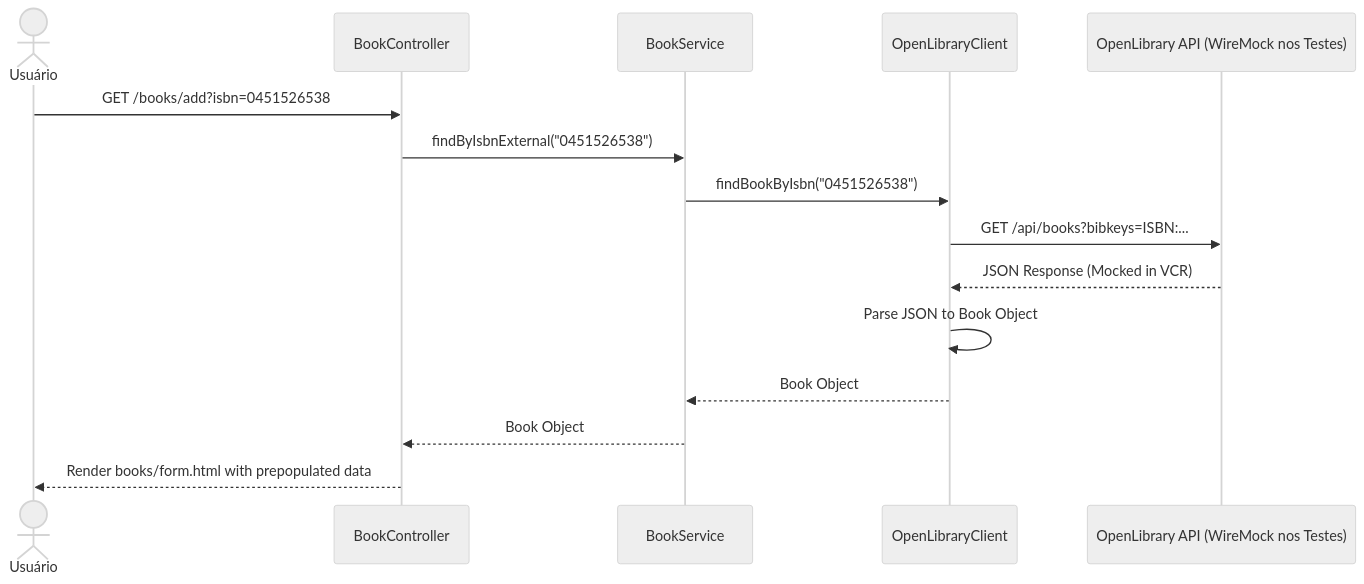
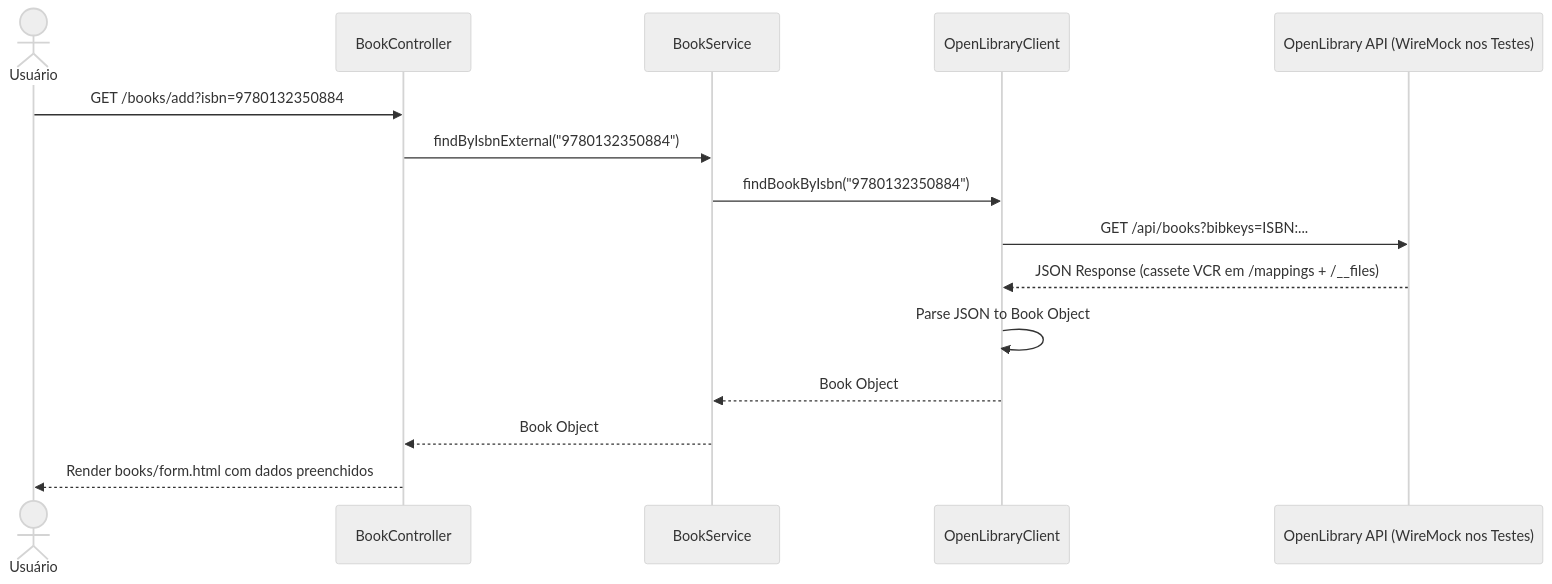
The fifth of 5 diagrams in RTM.md (cintiacarvv/Projeto-QS), drawn with Mermaid (neutral theme) before and after one commit. The commit also changed other lines of this file and 2 other files, not shown here.

````diff
--- a/RTM.md
+++ b/RTM.md
@@ -80,18 +114,18 @@
 ```mermaid
 sequenceDiagram
     actor U as Usuário
     participant C as BookController
     participant S as BookService
     participant API as OpenLibraryClient
     participant W as OpenLibrary API (WireMock nos Testes)
 
-    U->>C: GET /books/add?isbn=0451526538
-    C->>S: findByIsbnExternal("0451526538")
-    S->>API: findBookByIsbn("0451526538")
+    U->>C: GET /books/add?isbn=9780132350884
+    C->>S: findByIsbnExternal("9780132350884")
+    S->>API: findBookByIsbn("9780132350884")
     API->>W: GET /api/books?bibkeys=ISBN:...
-    W-->>API: JSON Response (Mocked in VCR)
+    W-->>API: JSON Response (cassete VCR em /mappings + /__files)
     API->>API: Parse JSON to Book Object
     API-->>S: Book Object
     S-->>C: Book Object
-    C-->>U: Render books/form.html with prepopulated data
+    C-->>U: Render books/form.html com dados preenchidos
 ```
````
